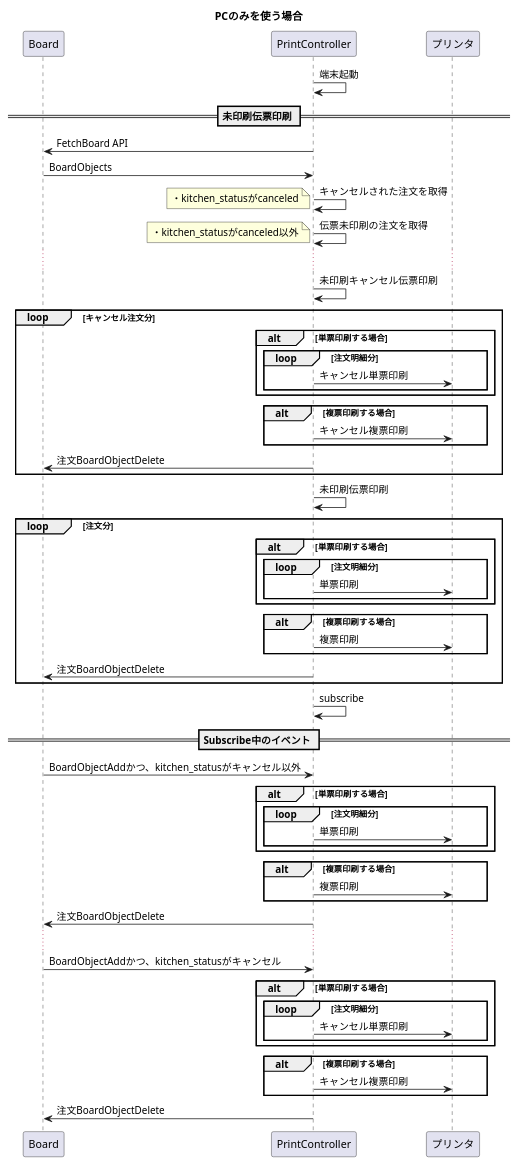
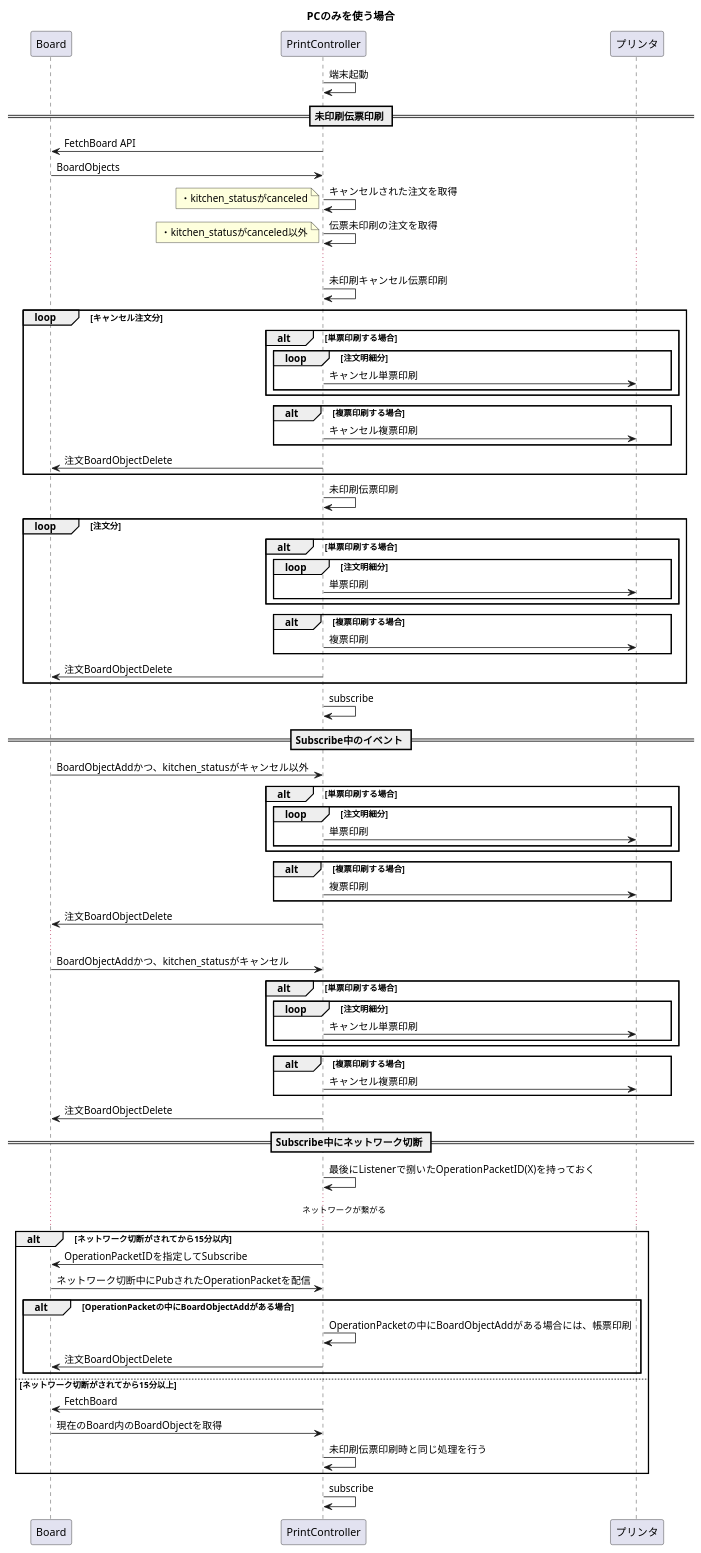
The diagram in instore/only_pc.pu (kmurata08/plantuml-editor), drawn with PlantUML before and after one commit. The commit also changed 2 other files, not shown here.

Commit message:
Edit sequence

```diff
--- a/instore/only_pc.pu
+++ b/instore/only_pc.pu
@@ -1,76 +1,96 @@
 title PCのみを使う場合
 
 participant Board as b
 participant PrintController as pc
 participant プリンタ as pt
 
 pc -> pc: 端末起動
 
 == 未印刷伝票印刷 ==
 pc -> b: FetchBoard API
 b -> pc: BoardObjects
 pc -> pc: キャンセルされた注文を取得
 note left
     ・kitchen_statusがcanceled
 end note
 
 pc -> pc: 伝票未印刷の注文を取得
 note left
     ・kitchen_statusがcanceled以外
 end note
 
 ...
 
 pc -> pc: 未印刷キャンセル伝票印刷
 loop キャンセル注文分
     alt 単票印刷する場合
         loop 注文明細分
             pc -> pt: キャンセル単票印刷
         end
     end
     alt 複票印刷する場合
         pc -> pt: キャンセル複票印刷
     end
     pc -> b: 注文BoardObjectDelete
 end
 
 pc -> pc: 未印刷伝票印刷
 loop 注文分
     alt 単票印刷する場合
         loop 注文明細分
             pc -> pt: 単票印刷
         end
     end
     alt 複票印刷する場合
         pc -> pt: 複票印刷
     end
     pc -> b: 注文BoardObjectDelete
 end
 
 pc -> pc: subscribe
 
 == Subscribe中のイベント ==
 
 b -> pc: BoardObjectAddかつ、kitchen_statusがキャンセル以外
 alt 単票印刷する場合
     loop 注文明細分
         pc -> pt: 単票印刷
     end
 end
 alt 複票印刷する場合
     pc -> pt: 複票印刷
 end
 pc -> b: 注文BoardObjectDelete
 
 ...
 
 b -> pc: BoardObjectAddかつ、kitchen_statusがキャンセル
 alt 単票印刷する場合
     loop 注文明細分
         pc -> pt: キャンセル単票印刷
     end
 end
 alt 複票印刷する場合
     pc -> pt: キャンセル複票印刷
 end
 pc -> b: 注文BoardObjectDelete
+
+== Subscribe中にネットワーク切断 ==
+pc -> pc: 最後にListenerで捌いたOperationPacketID(X)を持っておく
+
+... ネットワークが繋がる ...
+
+alt ネットワーク切断がされてから15分以内
+    pc -> b: OperationPacketIDを指定してSubscribe
+    b -> pc: ネットワーク切断中にPubされたOperationPacketを配信
+    alt OperationPacketの中にBoardObjectAddがある場合
+        pc -> pc: OperationPacketの中にBoardObjectAddがある場合には、帳票印刷
+        pc -> b: 注文BoardObjectDelete
+    end
+else ネットワーク切断がされてから15分以上
+    pc -> b: FetchBoard
+    b -> pc: 現在のBoard内のBoardObjectを取得
+    pc -> pc: 未印刷伝票印刷時と同じ処理を行う
+end
+
+pc -> pc: subscribe
```
